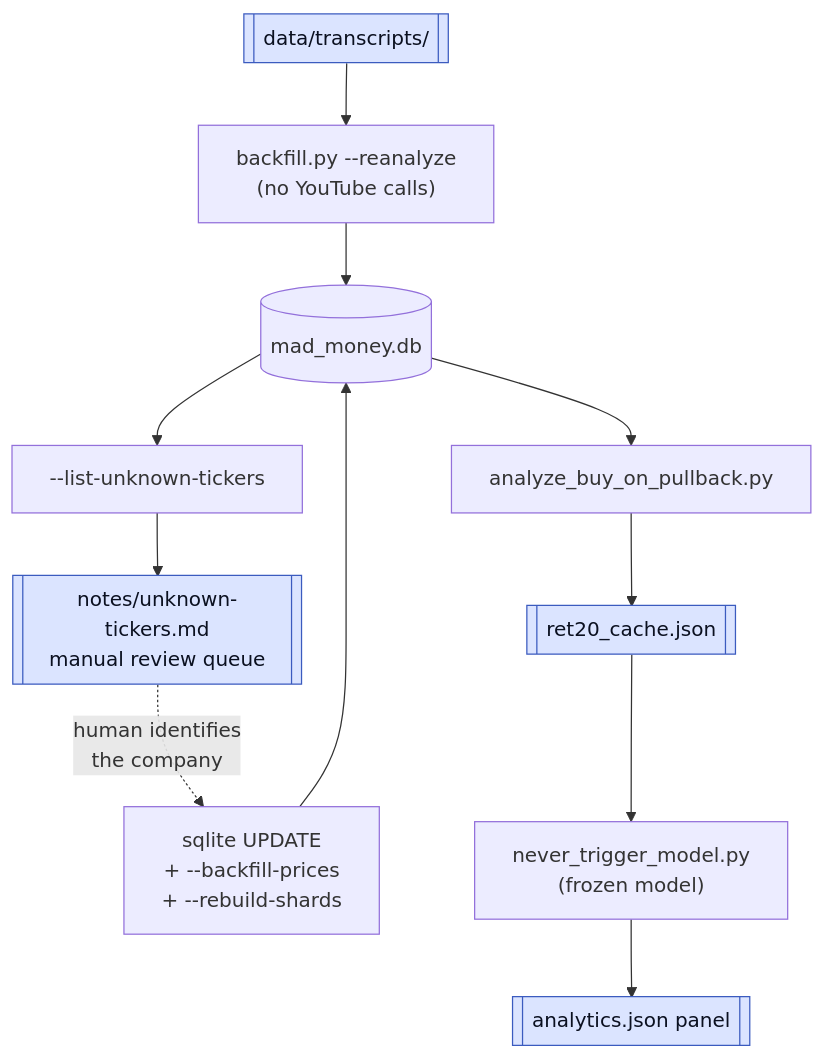
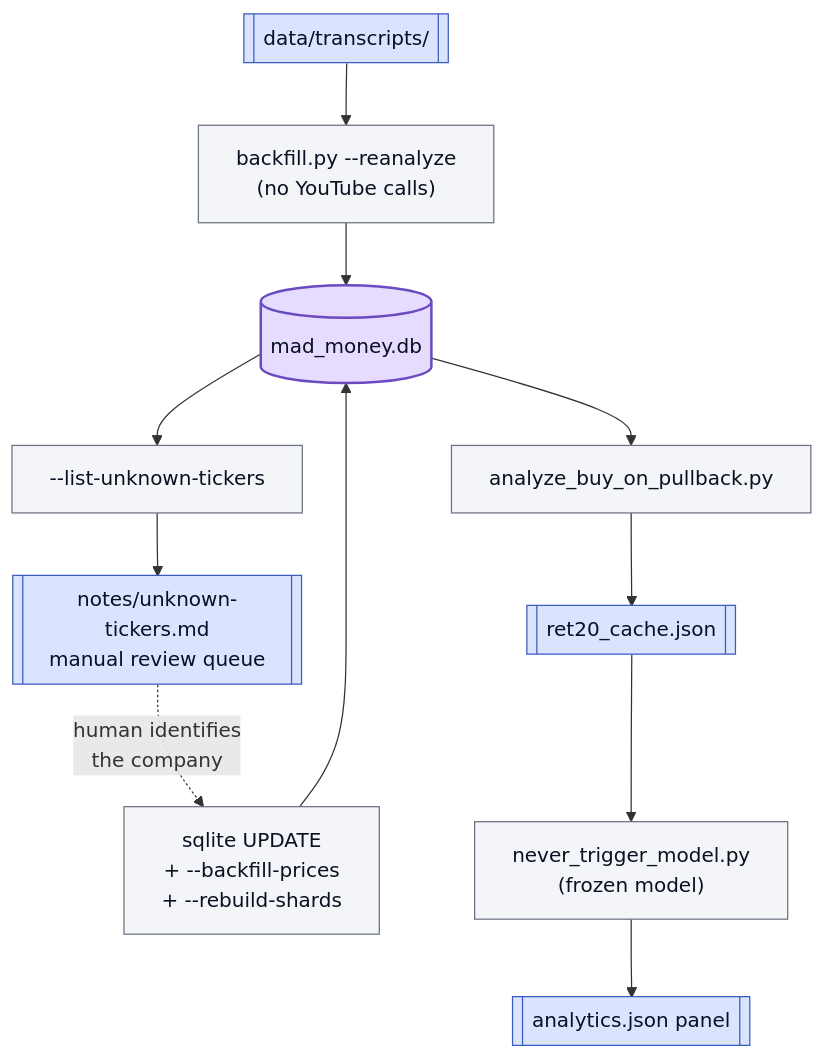
The third of 3 diagrams in notes/data-flow.md (jf-silverman/yt-words), drawn with Mermaid before and after one commit. The commit also changed other lines of this file, not shown here.

First line of the commit message:
data-flow: style every node so nothing inherits the dark theme

````diff
--- a/notes/data-flow.md
+++ b/notes/data-flow.md
@@ -118,18 +130,21 @@
 ```mermaid
 flowchart TD
     DB[("mad_money.db")] --> UNK["--list-unknown-tickers"]
     UNK --> UNKMD[["notes/unknown-tickers.md<br/>manual review queue"]]
     UNKMD -.->|"human identifies<br/>the company"| FIX["sqlite UPDATE<br/>+ --backfill-prices<br/>+ --rebuild-shards"]
     FIX --> DB
 
     DB --> BOP["analyze_buy_on_pullback.py"]
     BOP --> R20[["ret20_cache.json"]]
     R20 --> NTM["never_trigger_model.py<br/>(frozen model)"]
     NTM --> ANLY[["analytics.json panel"]]
 
     TXT[["data/transcripts/"]] --> BF["backfill.py --reanalyze<br/>(no YouTube calls)"]
     BF --> DB
 
-    classDef store fill:#dbe4ff,stroke:#3b5bbf,stroke-width:1px,color:#0b1020
+    classDef default fill:#f4f5f8,stroke:#6b7280,stroke-width:1px,color:#0b1020
+    classDef store   fill:#dbe4ff,stroke:#3b5bbf,stroke-width:1px,color:#0b1020
+    classDef store_db fill:#e6dcff,stroke:#6b4bbf,stroke-width:2px,color:#0b1020
     class UNKMD,R20,ANLY,TXT store
+    class DB store_db
 ```
````
